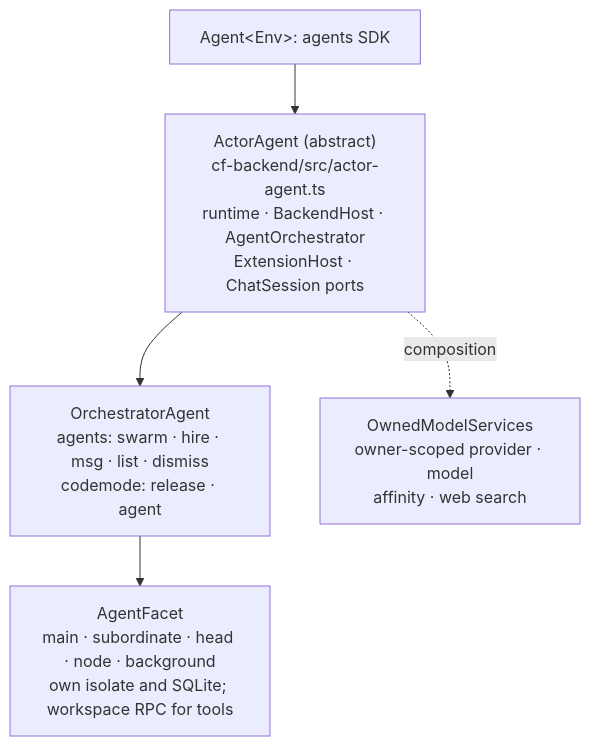
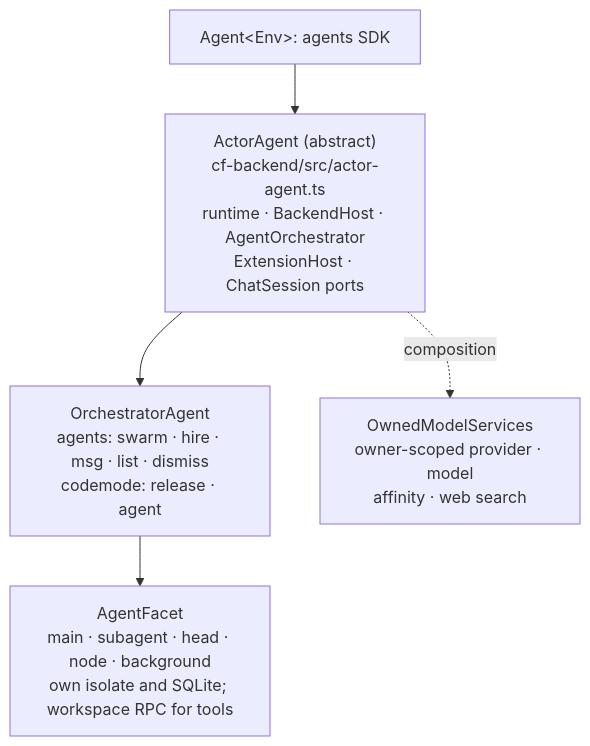
One commit to AshishKumar4/kinu changed the second of 5 diagrams in docs/ARCHITECTURE.md. Above: the diagram before and after it, drawn with Mermaid. The commit also changed other lines of this file and 332 other files, not shown here.

First line of the commit message:
refactor: subordinate becomes subagent everywhere

````diff
--- a/docs/ARCHITECTURE.md
+++ b/docs/ARCHITECTURE.md
@@ -70,13 +70,13 @@
 ```mermaid
 graph TB
     A["Agent&lt;Env&gt;: agents SDK"]
     AA["ActorAgent (abstract)<br/>cf-backend/src/actor-agent.ts<br/>runtime · BackendHost · AgentOrchestrator<br/>ExtensionHost · ChatSession ports"]
     O["OrchestratorAgent<br/>agents: swarm · hire · msg · list · dismiss<br/>codemode: release · agent"]
-    H["AgentFacet<br/>main · subordinate · head · node · background<br/>own isolate and SQLite; workspace RPC for tools"]
+    H["AgentFacet<br/>main · subagent · head · node · background<br/>own isolate and SQLite; workspace RPC for tools"]
     OMS["OwnedModelServices<br/>owner-scoped provider · model<br/>affinity · web search"]
 
     A --> AA
     AA --> O
     O --> H
     AA -.->|composition| OMS
 ```
````
